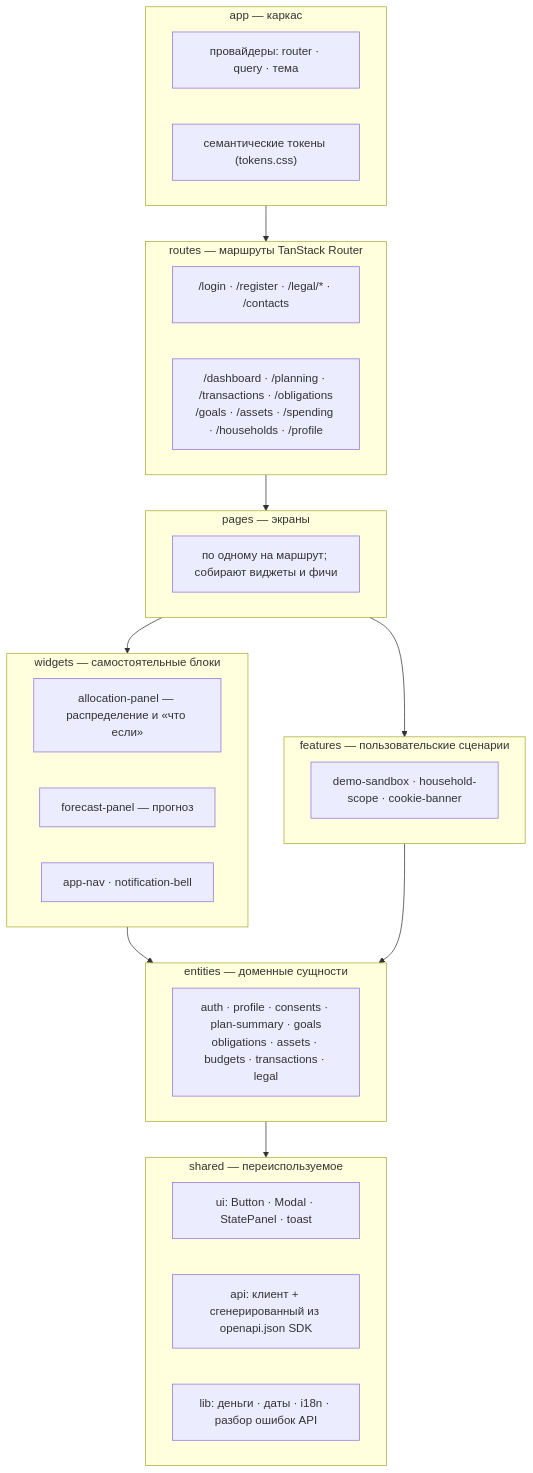
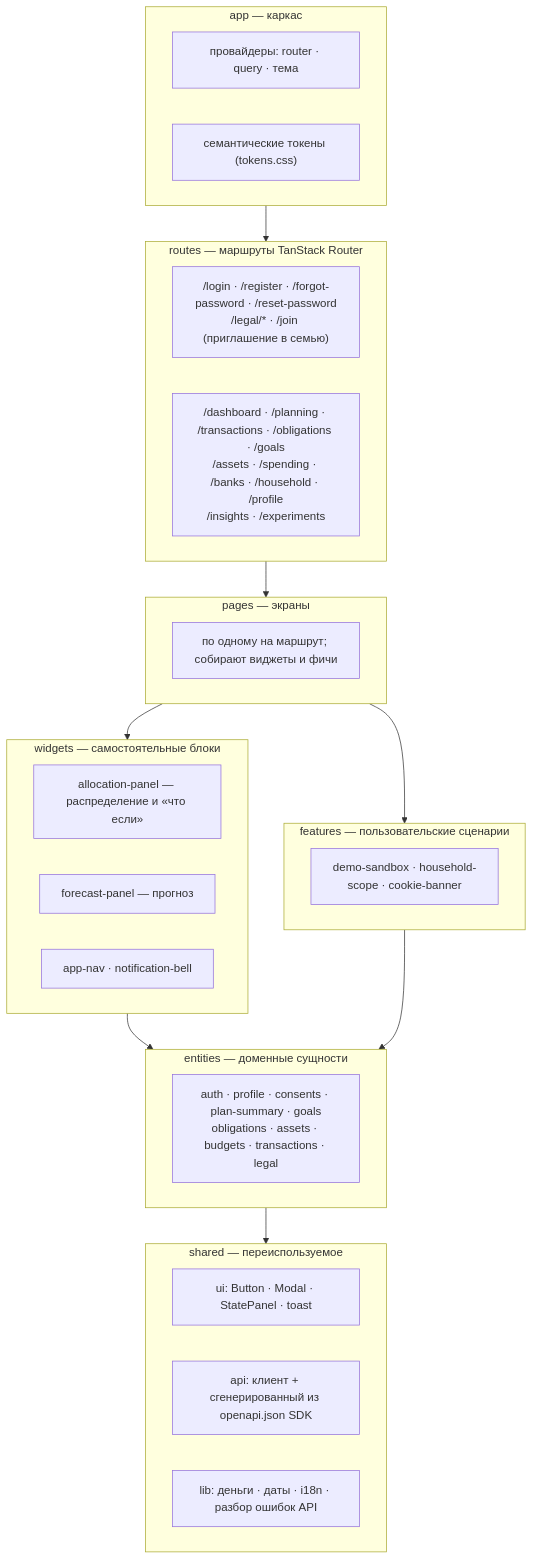
One commit to vevdokimovm/personal-finance-dss changed the ninth of 10 diagrams in docs/diagrams.md. Above: the diagram before and after it, drawn with Mermaid. The commit also changed other lines of this file and 5 other files, not shown here.

Commit message:
personal-finance-dss v9.13.5 — Описания релизов приведены к стандарту, оставшиеся три диаграммы догнаны до кода

````diff
--- a/docs/diagrams.md
+++ b/docs/diagrams.md
@@ -567,43 +568,43 @@
 ```mermaid
 flowchart TD
     subgraph App["app — каркас"]
         Providers["провайдеры: router · query · тема"]
         Tokens["семантические токены (tokens.css)"]
     end
 
     subgraph Routes["routes — маршруты TanStack Router"]
-        Public["/login · /register · /legal/* · /contacts"]
-        Private["/dashboard · /planning · /transactions · /obligations<br/>/goals · /assets · /spending · /households · /profile"]
+        Public["/login · /register · /forgot-password · /reset-password<br/>/legal/* · /join (приглашение в семью)"]
+        Private["/dashboard · /planning · /transactions · /obligations · /goals<br/>/assets · /spending · /banks · /household · /profile<br/>/insights · /experiments"]
     end
 
     subgraph Pages["pages — экраны"]
         Screens["по одному на маршрут; собирают виджеты и фичи"]
     end
 
     subgraph Widgets["widgets — самостоятельные блоки"]
         Alloc["allocation-panel — распределение и «что если»"]
         Forecast["forecast-panel — прогноз"]
         Nav["app-nav · notification-bell"]
     end
 
     subgraph Features["features — пользовательские сценарии"]
         Feat["demo-sandbox · household-scope · cookie-banner"]
     end
 
     subgraph Entities["entities — доменные сущности"]
         Ent["auth · profile · consents · plan-summary · goals<br/>obligations · assets · budgets · transactions · legal"]
     end
 
     subgraph Shared["shared — переиспользуемое"]
         UIKit["ui: Button · Modal · StatePanel · toast"]
         Api["api: клиент + сгенерированный из openapi.json SDK"]
         Lib["lib: деньги · даты · i18n · разбор ошибок API"]
     end
 
     App --> Routes --> Pages
     Pages --> Widgets
     Pages --> Features
     Widgets --> Entities
     Features --> Entities
     Entities --> Shared
 ```
````
